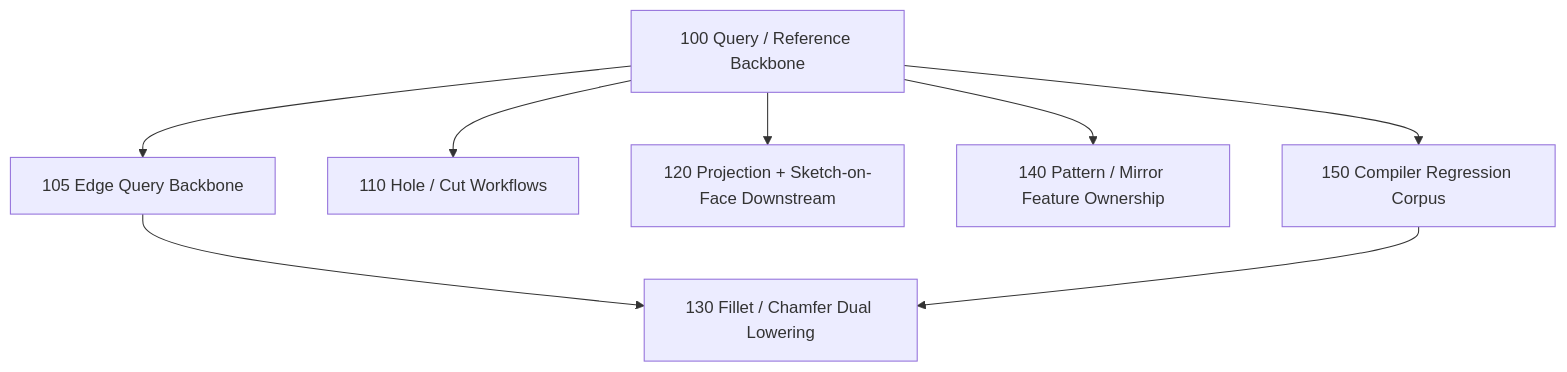
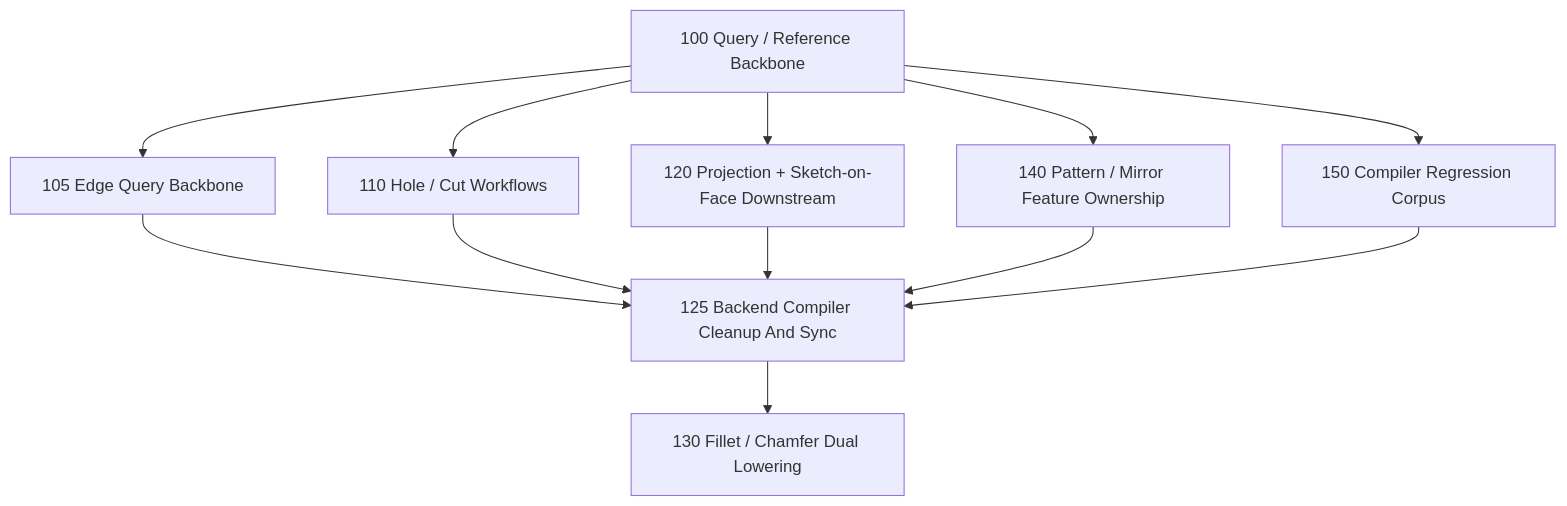
One commit to KoStard/forgecad-public-kit changed the diagram in docs/temporary/projects/2026/03/backend-compiler-program/task-graph.md. Above: the diagram before and after it, drawn with Mermaid. The commit also changed other lines of this file and 2 other files, not shown here.

Commit message:
Queue compiler cleanup before fillet lane

````diff
--- a/docs/temporary/projects/2026/03/backend-compiler-program/task-graph.md
+++ b/docs/temporary/projects/2026/03/backend-compiler-program/task-graph.md
@@ -23,18 +23,23 @@
 ```mermaid
 graph TD
   T100["100 Query / Reference Backbone"]
   T105["105 Edge Query Backbone"]
   T110["110 Hole / Cut Workflows"]
   T120["120 Projection + Sketch-on-Face Downstream"]
+  T125["125 Backend Compiler Cleanup And Sync"]
   T130["130 Fillet / Chamfer Dual Lowering"]
   T140["140 Pattern / Mirror Feature Ownership"]
   T150["150 Compiler Regression Corpus"]
 
   T100 --> T105
   T100 --> T110
   T100 --> T120
   T100 --> T140
   T100 --> T150
-  T105 --> T130
-  T150 --> T130
+  T105 --> T125
+  T110 --> T125
+  T120 --> T125
+  T140 --> T125
+  T150 --> T125
+  T125 --> T130
 ```
````
